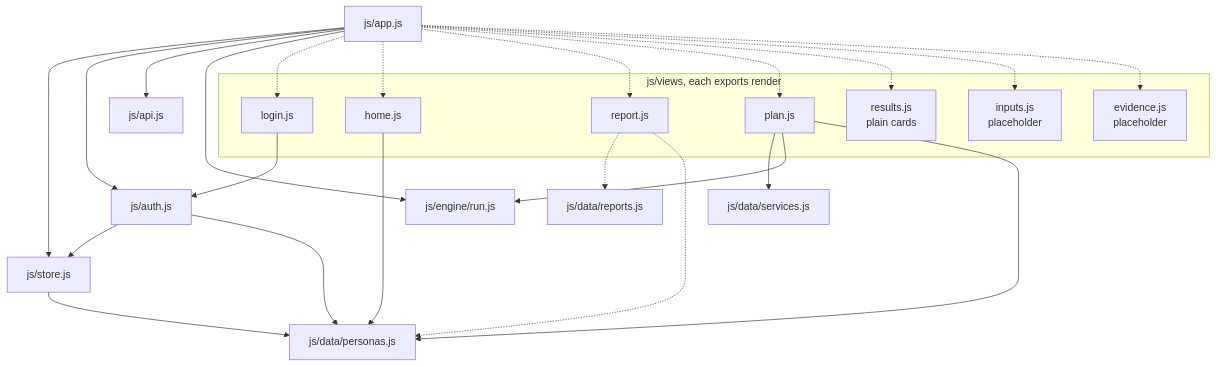
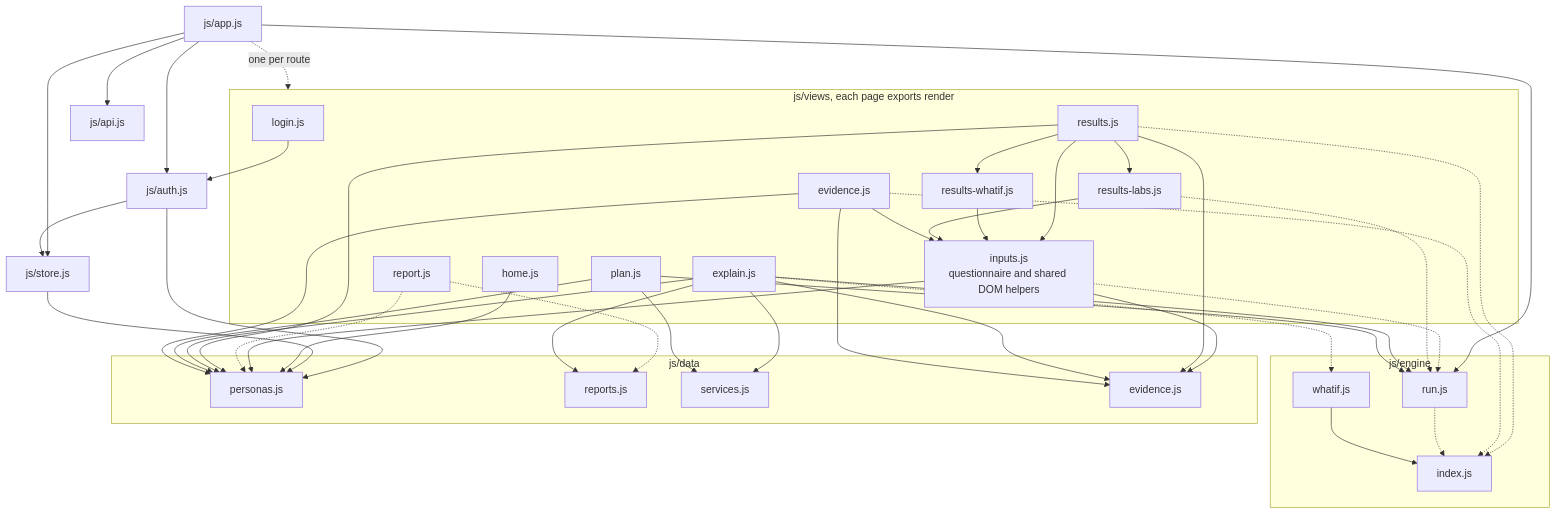
One commit to tingwei161803/unify-risk changed the third of 8 diagrams in docs/architecture.md. Above: the diagram before and after it, drawn with Mermaid. The commit also changed other lines of this file and 1 other file, not shown here.

First line of the commit message:
Bring the architecture overview up to date with main

````diff
--- a/docs/architecture.md
+++ b/docs/architecture.md
@@ -106,45 +139,81 @@
 ```mermaid
 flowchart TD
     APP["js/app.js"]
     STORE["js/store.js"]
     AUTH["js/auth.js"]
     APIJS["js/api.js"]
-    RUN["js/engine/run.js"]
-    PERSONAS["js/data/personas.js"]
-    REPORTS["js/data/reports.js"]
-    SERVICES["js/data/services.js"]
 
-    subgraph VIEWS["js/views, each exports render"]
+    subgraph VIEWS["js/views, each page exports render"]
         LOGIN["login.js"]
         HOME["home.js"]
+        INPUTS["inputs.js<br/>questionnaire and shared DOM helpers"]
         REPORT["report.js"]
+        RESULTS["results.js"]
+        RWHATIF["results-whatif.js"]
+        RLABS["results-labs.js"]
+        EXPLAIN["explain.js"]
         PLAN["plan.js"]
-        RESULTS["results.js<br/>plain cards"]
-        INPUTS["inputs.js<br/>placeholder"]
-        EVVIEW["evidence.js<br/>placeholder"]
+        EVVIEW["evidence.js"]
+    end
+
+    subgraph ENGINE["js/engine"]
+        RUN["run.js"]
+        INDEX["index.js"]
+        WHATIF["whatif.js"]
+    end
+
+    subgraph DATA["js/data"]
+        PERSONAS["personas.js"]
+        REPORTS["reports.js"]
+        SERVICES["services.js"]
+        EVDATA["evidence.js"]
     end
 
     APP --> STORE
     APP --> AUTH
     APP --> APIJS
     APP --> RUN
+    APP -. "one per route" .-> VIEWS
     AUTH --> STORE
     AUTH --> PERSONAS
     STORE --> PERSONAS
 
-    APP -.-> LOGIN
-    APP -.-> HOME
-    APP -.-> REPORT
-    APP -.-> PLAN
-    APP -.-> RESULTS
-    APP -.-> INPUTS
-    APP -.-> EVVIEW
-
     LOGIN --> AUTH
     HOME --> PERSONAS
+
+    INPUTS --> EVDATA
+    INPUTS --> PERSONAS
+    INPUTS -.-> RUN
+
+    REPORT -.-> REPORTS
+    REPORT -.-> PERSONAS
+
+    RESULTS --> INPUTS
+    RESULTS --> RWHATIF
+    RESULTS --> RLABS
+    RESULTS --> EVDATA
+    RESULTS --> PERSONAS
+    RESULTS -.-> INDEX
+    RWHATIF --> INPUTS
+    RLABS --> INPUTS
+    RLABS -.-> RUN
+
+    EXPLAIN --> RUN
+    EXPLAIN --> EVDATA
+    EXPLAIN --> PERSONAS
+    EXPLAIN --> REPORTS
+    EXPLAIN --> SERVICES
+    EXPLAIN -.-> WHATIF
+
     PLAN --> SERVICES
     PLAN --> RUN
     PLAN --> PERSONAS
-    REPORT -.-> REPORTS
-    REPORT -.-> PERSONAS
+
+    EVVIEW --> INPUTS
+    EVVIEW --> EVDATA
+    EVVIEW --> PERSONAS
+    EVVIEW -.-> INDEX
+
+    RUN -.-> INDEX
+    WHATIF --> INDEX
 ```
````
